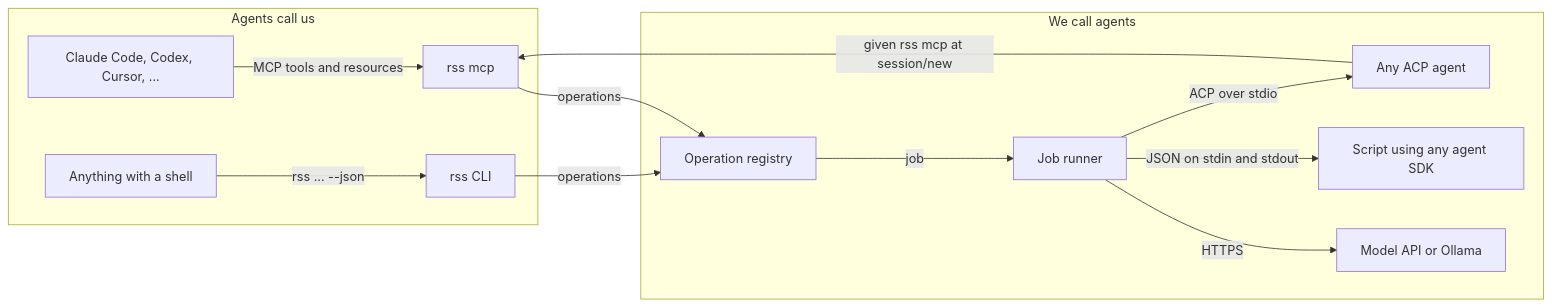
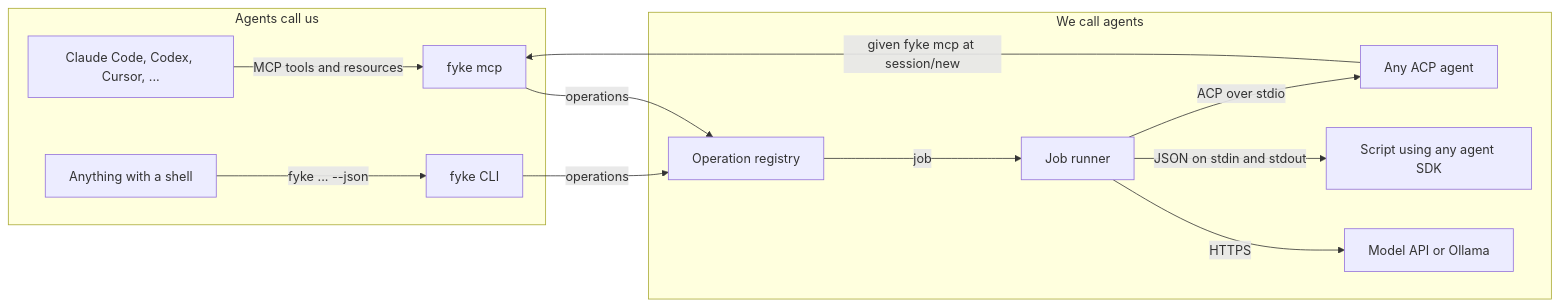
The diagram in docs/diagrams/agents.mmd (CinematicGenius007/fyke), drawn with Mermaid before and after one commit. The commit also changed 72 other files, not shown here.

```diff
--- a/docs/diagrams/agents.mmd
+++ b/docs/diagrams/agents.mmd
@@ -1,14 +1,14 @@
 flowchart LR
   subgraph inbound [Agents call us]
-    a1[Claude Code, Codex, Cursor, ...] -->|MCP tools and resources| m[rss mcp]
-    a2[Anything with a shell] -->|rss ... --json| c[rss CLI]
+    a1[Claude Code, Codex, Cursor, ...] -->|MCP tools and resources| m[fyke mcp]
+    a2[Anything with a shell] -->|fyke ... --json| c[fyke CLI]
   end
   m -->|operations| ops[Operation registry]
   c -->|operations| ops
   subgraph outbound [We call agents]
     ops -->|job| r[Job runner]
     r -->|HTTPS| h[Model API or Ollama]
     r -->|JSON on stdin and stdout| e[Script using any agent SDK]
     r -->|ACP over stdio| p[Any ACP agent]
   end
-  p -->|given rss mcp at session/new| m
+  p -->|given fyke mcp at session/new| m
```
